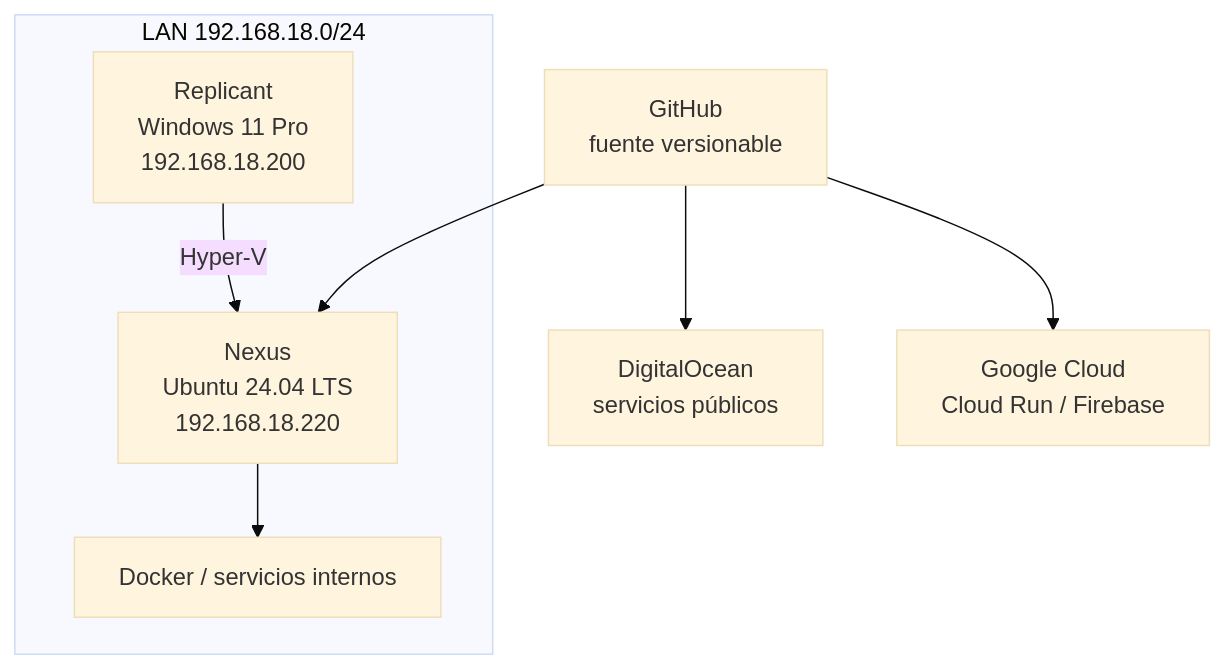
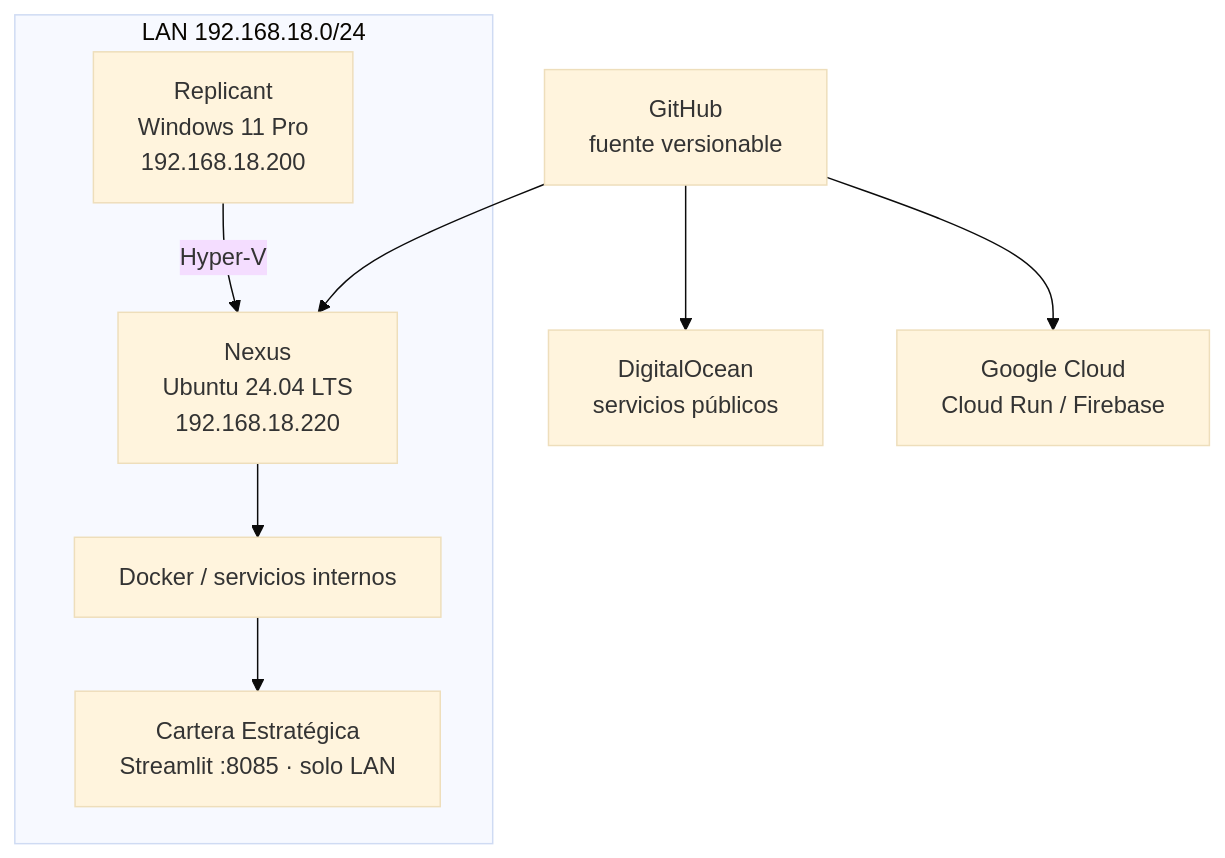
Before and after one commit to ratienza/infra-replicant-lab: the third of 4 diagrams in docs/arquitectura.md, drawn with Mermaid (base theme). The commit also changed other lines of this file and 43 other files, not shown here.

Commit message:
Documenta cierre LAN de Cartera v1.0

````diff
--- a/docs/arquitectura.md
+++ b/docs/arquitectura.md
@@ -68,13 +68,14 @@
 ```mermaid
 flowchart TB
     subgraph LAN["LAN 192.168.18.0/24"]
         R["Replicant<br/>Windows 11 Pro<br/>192.168.18.200"]
         N["Nexus<br/>Ubuntu 24.04 LTS<br/>192.168.18.220"]
         R -->|Hyper-V| N
         N --> NR["Docker / servicios internos"]
+        NR --> CE["Cartera Estratégica<br/>Streamlit :8085 · solo LAN"]
     end
 
     GH["GitHub<br/>fuente versionable"] --> N
     GH --> DO["DigitalOcean<br/>servicios públicos"]
     GH --> GC["Google Cloud<br/>Cloud Run / Firebase"]
 ```
````
